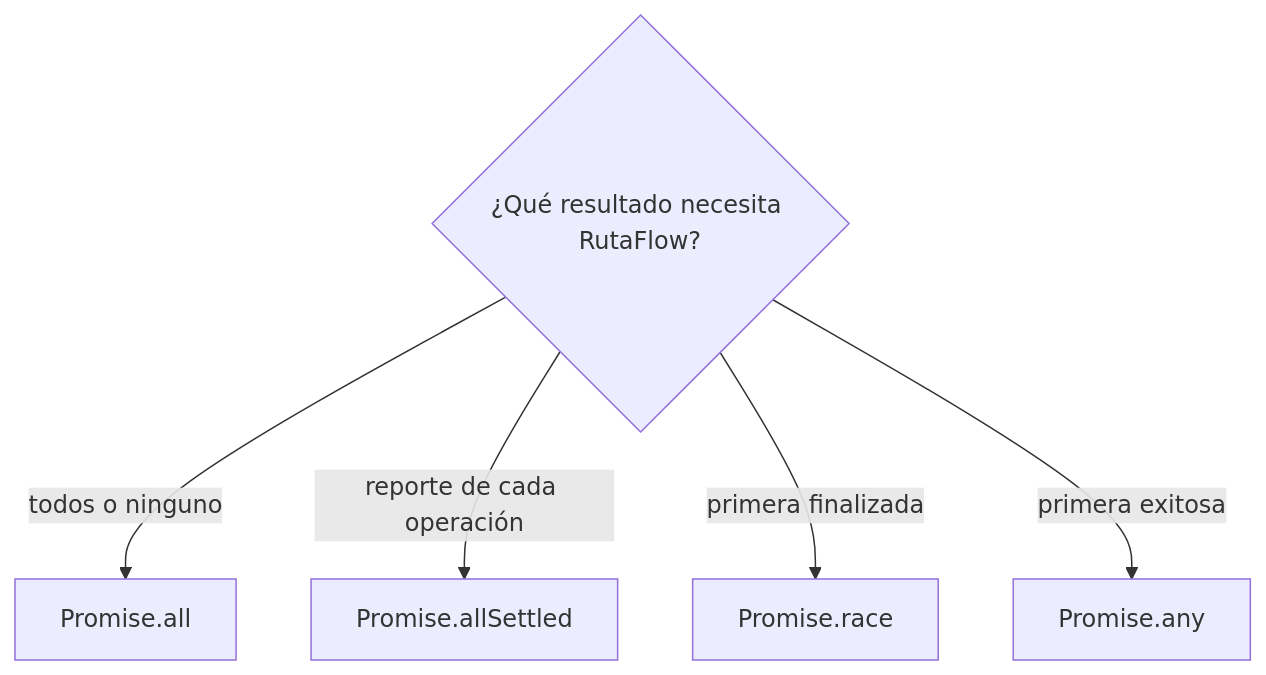
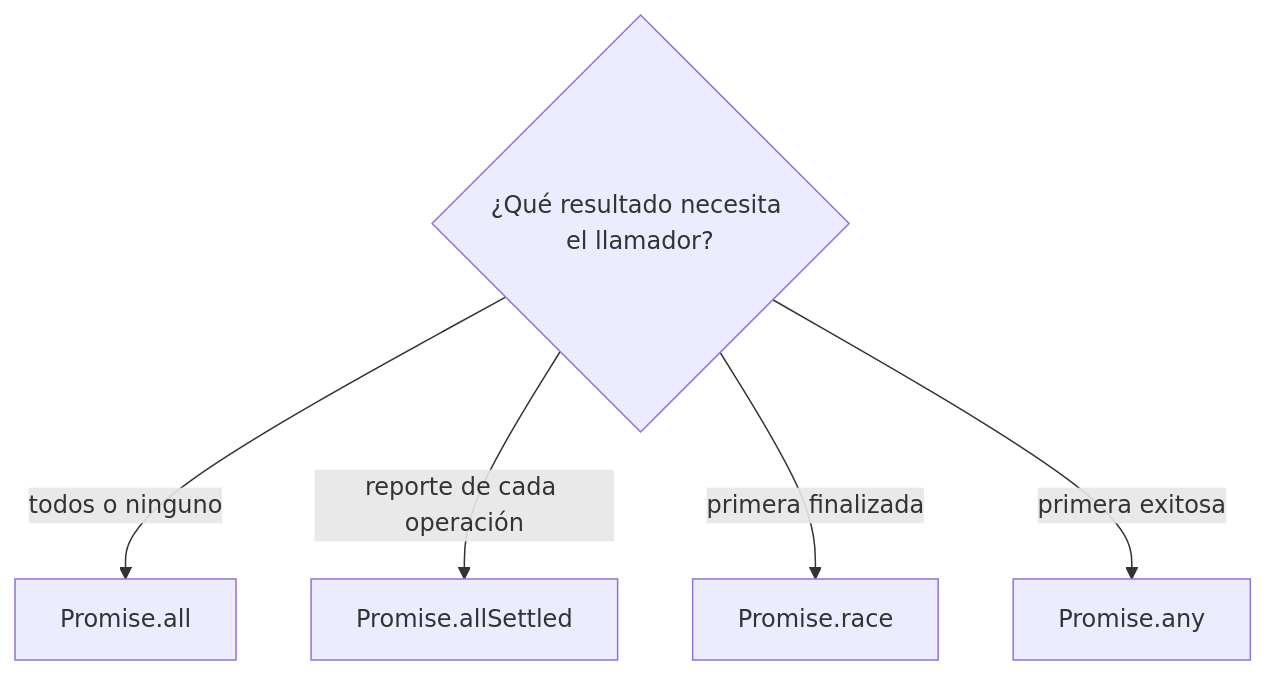
Before and after one commit to NICORUIZ93/Academia_Floci: the third of 5 diagrams in web/public/content/javascript/modulo-5.md, drawn with Mermaid. The commit also changed other lines of this file and 14 other files, not shown here.

First line of the commit message:
JavaScript: complete RutaFlow purge (0-14)

````diff
--- a/web/public/content/javascript/modulo-5.md
+++ b/web/public/content/javascript/modulo-5.md
@@ -207,8 +142,8 @@
 ```mermaid
 flowchart TD
-    ASK{"¿Qué resultado necesita RutaFlow?"}
+    ASK{"¿Qué resultado necesita el llamador?"}
     ASK -->|"todos o ninguno"| ALL["Promise.all"]
     ASK -->|"reporte de cada operación"| SETTLED["Promise.allSettled"]
     ASK -->|"primera finalizada"| RACE["Promise.race"]
     ASK -->|"primera exitosa"| ANY["Promise.any"]
 ```
````
